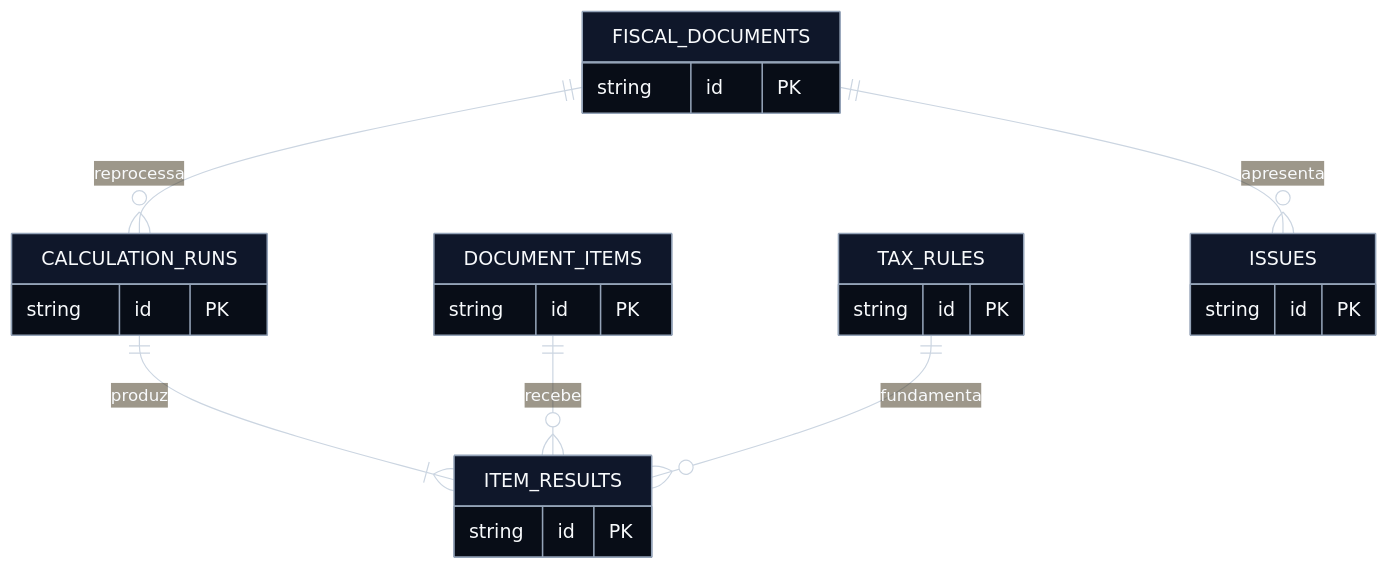
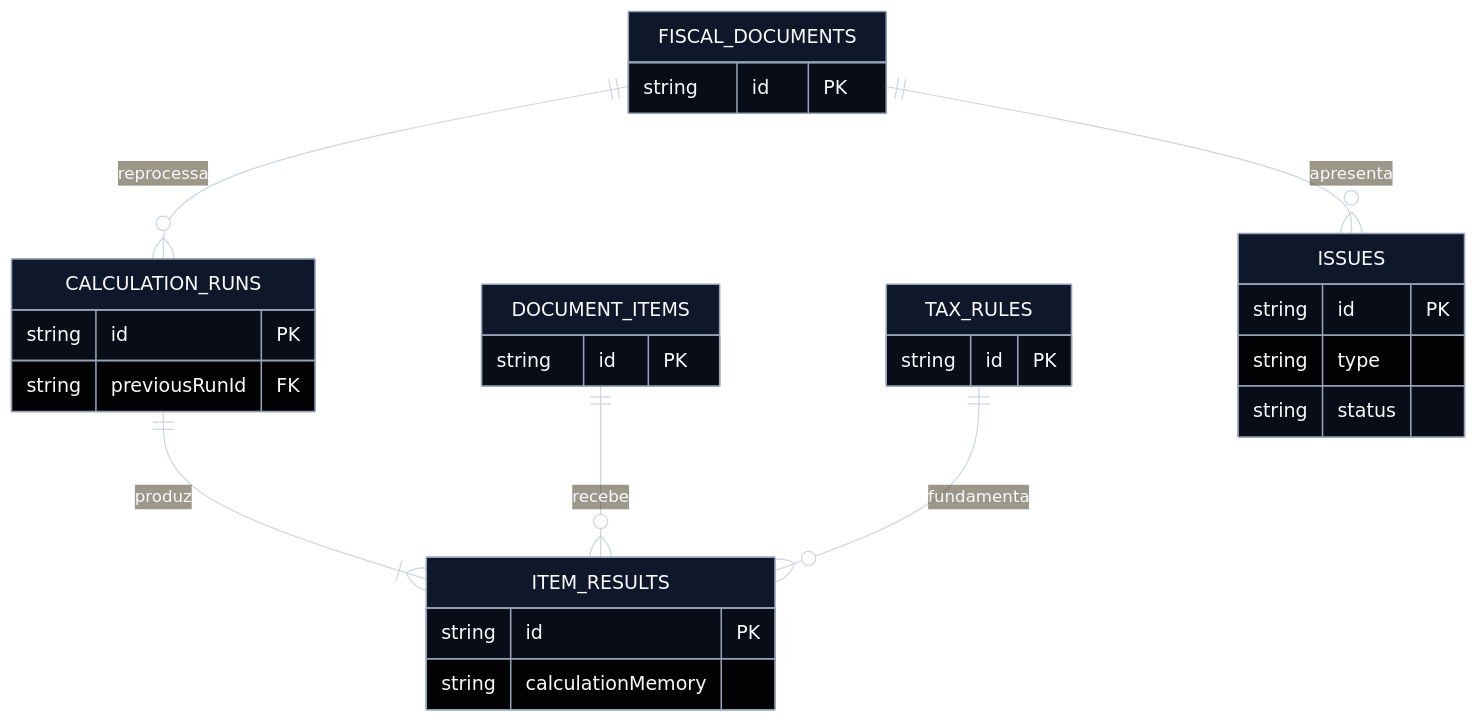
The third of 4 diagrams in docs/architecture.md (nicosikmoraes/motor-calculo-icms), drawn with Mermaid before and after one commit. The commit also changed other lines of this file and 5 other files, not shown here.

````diff
--- a/docs/architecture.md
+++ b/docs/architecture.md
@@ -254,44 +283,48 @@
 ```mermaid
 ---
 config:
   theme: base
   themeVariables:
     darkMode: true
     background: "#0b1220"
     primaryColor: "#0f172a"
     primaryTextColor: "#f8fafc"
     primaryBorderColor: "#94a3b8"
     lineColor: "#cbd5e1"
     textColor: "#f8fafc"
   er:
     theme: base
     fill: "#0f172a"
     stroke: "#94a3b8"
     fontSize: 16
 ---
 erDiagram
     FISCAL_DOCUMENTS ||--o{ CALCULATION_RUNS : reprocessa
     CALCULATION_RUNS ||--|{ ITEM_RESULTS : produz
     DOCUMENT_ITEMS ||--o{ ITEM_RESULTS : recebe
     TAX_RULES ||--o{ ITEM_RESULTS : fundamenta
     FISCAL_DOCUMENTS ||--o{ ISSUES : apresenta
 
     FISCAL_DOCUMENTS {
         string id PK
     }
     DOCUMENT_ITEMS {
         string id PK
     }
     CALCULATION_RUNS {
         string id PK
+        string previousRunId FK
     }
     ITEM_RESULTS {
         string id PK
+        string calculationMemory
     }
     TAX_RULES {
         string id PK
     }
     ISSUES {
         string id PK
+        string type
+        string status
     }
 ```
````
